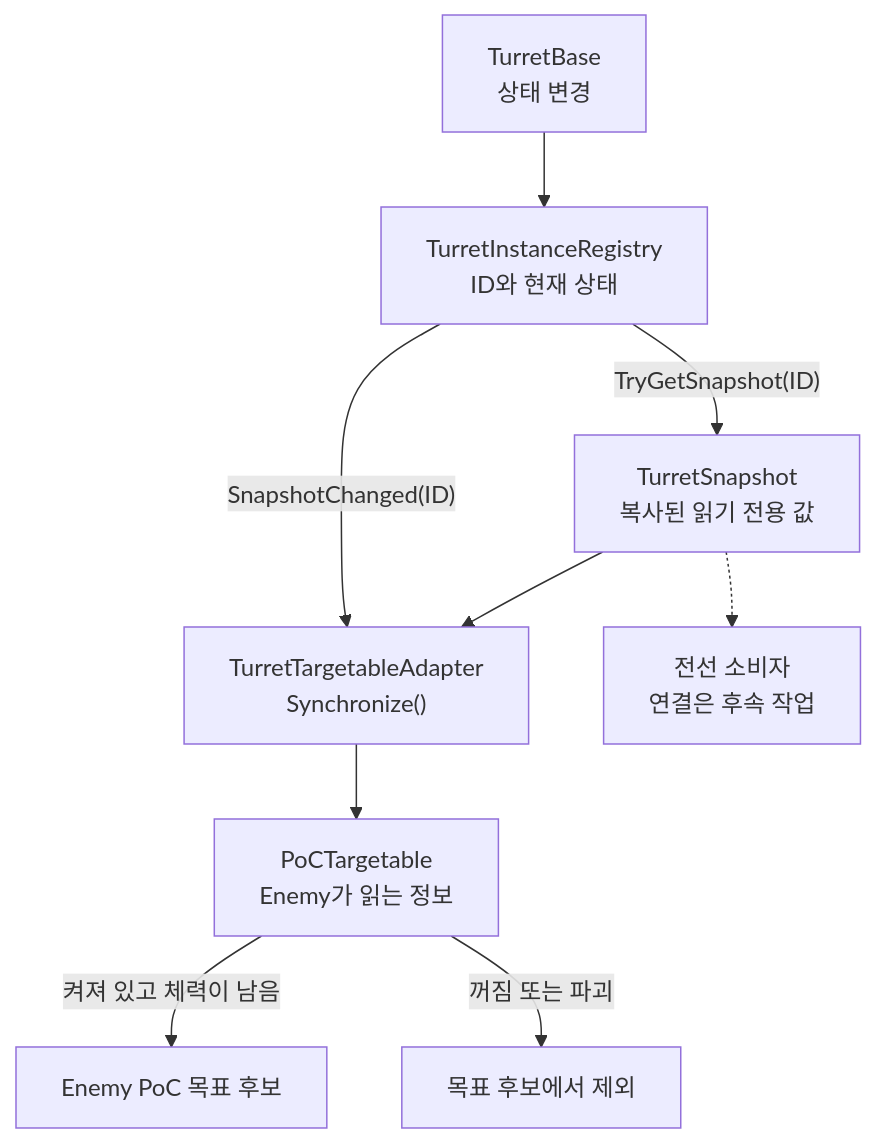
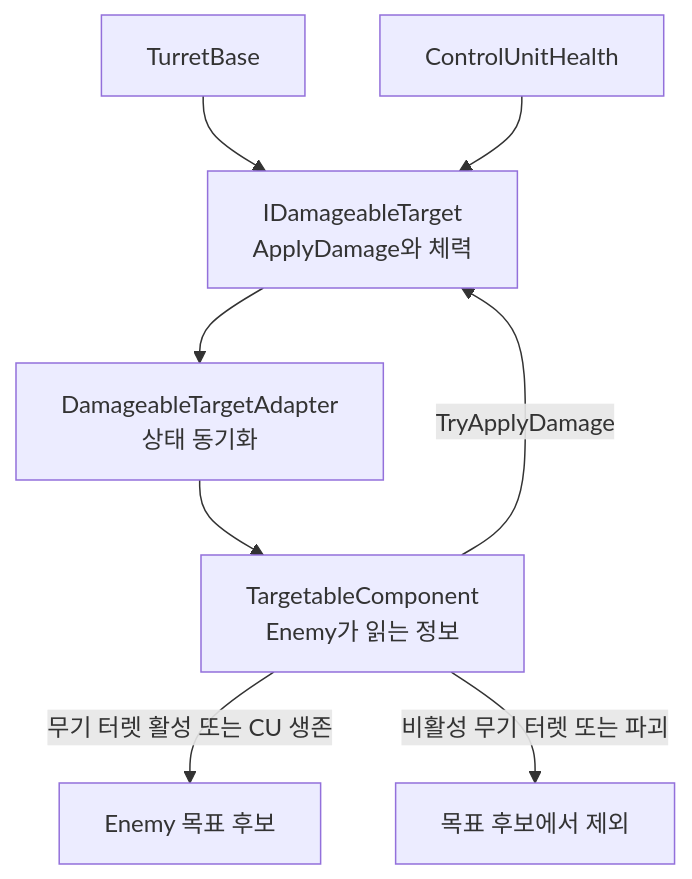
Diagram 14 of 15 in Docs/architecture/turret-system-guide.md (Team-HJD-21/unity-6-the-developer), drawn with Mermaid before and after one commit. The commit also changed other lines of this file and 75 other files, not shown here.

Commit message:
refactor: remove legacy turret managers and unify CU damage contract

````diff
--- a/Docs/architecture/turret-system-guide.md
+++ b/Docs/architecture/turret-system-guide.md
@@ -590,11 +601,11 @@
 ```mermaid
 flowchart TD
-    Base["TurretBase<br>상태 변경"] --> Registry["TurretInstanceRegistry<br>ID와 현재 상태"]
-    Registry -->|"TryGetSnapshot(ID)"| Snapshot["TurretSnapshot<br>복사된 읽기 전용 값"]
-    Registry -->|"SnapshotChanged(ID)"| Adapter["TurretTargetableAdapter<br>Synchronize()"]
-    Snapshot --> Adapter
-    Adapter --> Targetable["PoCTargetable<br>Enemy가 읽는 정보"]
-    Snapshot -.-> Frontline["전선 소비자<br>연결은 후속 작업"]
-    Targetable -->|켜져 있고 체력이 남음| Enemy["Enemy PoC 목표 후보"]
-    Targetable -->|꺼짐 또는 파괴| Excluded["목표 후보에서 제외"]
+    Contract["IDamageableTarget<br>ApplyDamage와 체력"]
+    Base["TurretBase"] --> Contract
+    CU["ControlUnitHealth"] --> Contract
+    Contract --> Adapter["DamageableTargetAdapter<br>상태 동기화"]
+    Adapter --> Targetable["TargetableComponent<br>Enemy가 읽는 정보"]
+    Targetable -->|"TryApplyDamage"| Contract
+    Targetable -->|"무기 터렛 활성 또는 CU 생존"| Enemy["Enemy 목표 후보"]
+    Targetable -->|"비활성 무기 터렛 또는 파괴"| Excluded["목표 후보에서 제외"]
 ```
````
